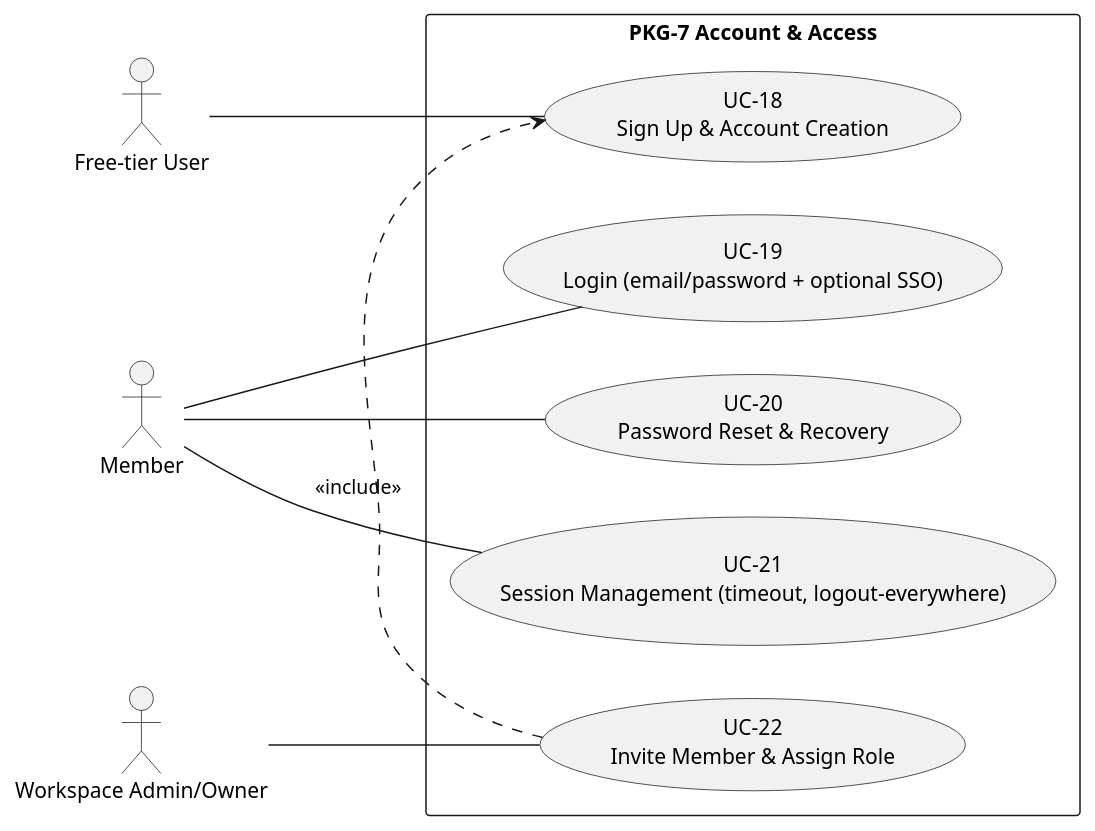
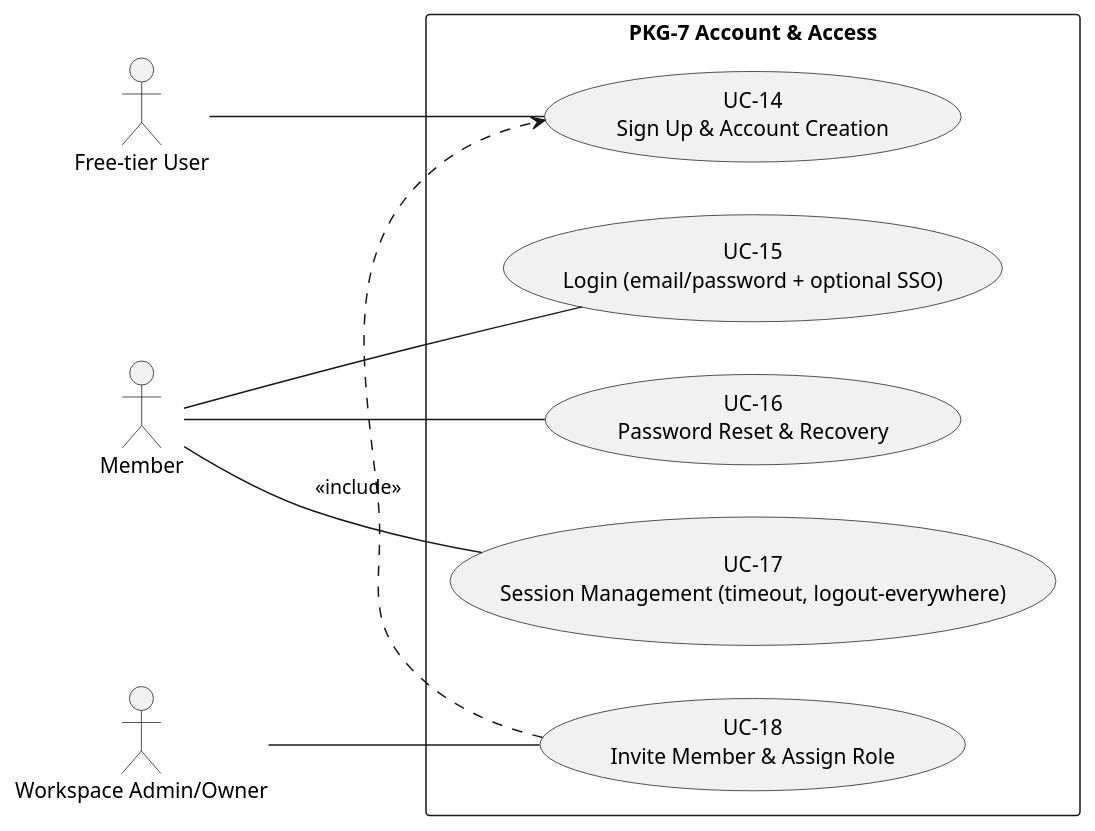
One commit to pauloribeiro16/Methodology_compact changed the second of 11 diagrams in 02_CASES/Case_01_TinyTask_SaaS/03_PHASE3_DECOMPOSITION_RICH/annexes/A_Use_Case_Diagrams.md. Above: the diagram before and after it, drawn with PlantUML. The commit also changed other lines of this file and 23 other files, not shown here.

Commit message:
[EXECUTOR] F3 ledger-zero C1: 4 borderline re-laned (UC-07/11/12/16 → PROC-18..21, P7) + compact renumber (36 UCs: compliance 01..13, product 14..36); Doc20 v3.4 + Doc32 v1.3 (4 SSDF cards + articulation) + annexes/SVGs; gates green (verify_rich exit 0, mermaid 196/196, smoke 16/16)

````diff
--- a/02_CASES/Case_01_TinyTask_SaaS/03_PHASE3_DECOMPOSITION_RICH/annexes/A_Use_Case_Diagrams.md
+++ b/02_CASES/Case_01_TinyTask_SaaS/03_PHASE3_DECOMPOSITION_RICH/annexes/A_Use_Case_Diagrams.md
@@ -105,21 +105,21 @@
 ```plantuml
 @startuml
 left to right direction
 actor "Free-tier User" as FU
 actor "Member" as MEM
 actor "Workspace Admin/Owner" as ADM
 rectangle "PKG-7 Account & Access" {
-usecase "UC-18\nSign Up & Account Creation" as UC711
-usecase "UC-19\nLogin (email/password + optional SSO)" as UC712
-usecase "UC-20\nPassword Reset & Recovery" as UC713
-usecase "UC-21\nSession Management (timeout, logout-everywhere)" as UC721
-usecase "UC-22\nInvite Member & Assign Role" as UC751
+usecase "UC-14\nSign Up & Account Creation" as UC711
+usecase "UC-15\nLogin (email/password + optional SSO)" as UC712
+usecase "UC-16\nPassword Reset & Recovery" as UC713
+usecase "UC-17\nSession Management (timeout, logout-everywhere)" as UC721
+usecase "UC-18\nInvite Member & Assign Role" as UC751
 }
 FU -- UC711
 MEM -- UC712
 MEM -- UC713
 MEM -- UC721
 ADM -- UC751
 UC751 .> UC711 : <<include>>
 @enduml
 ```
````
